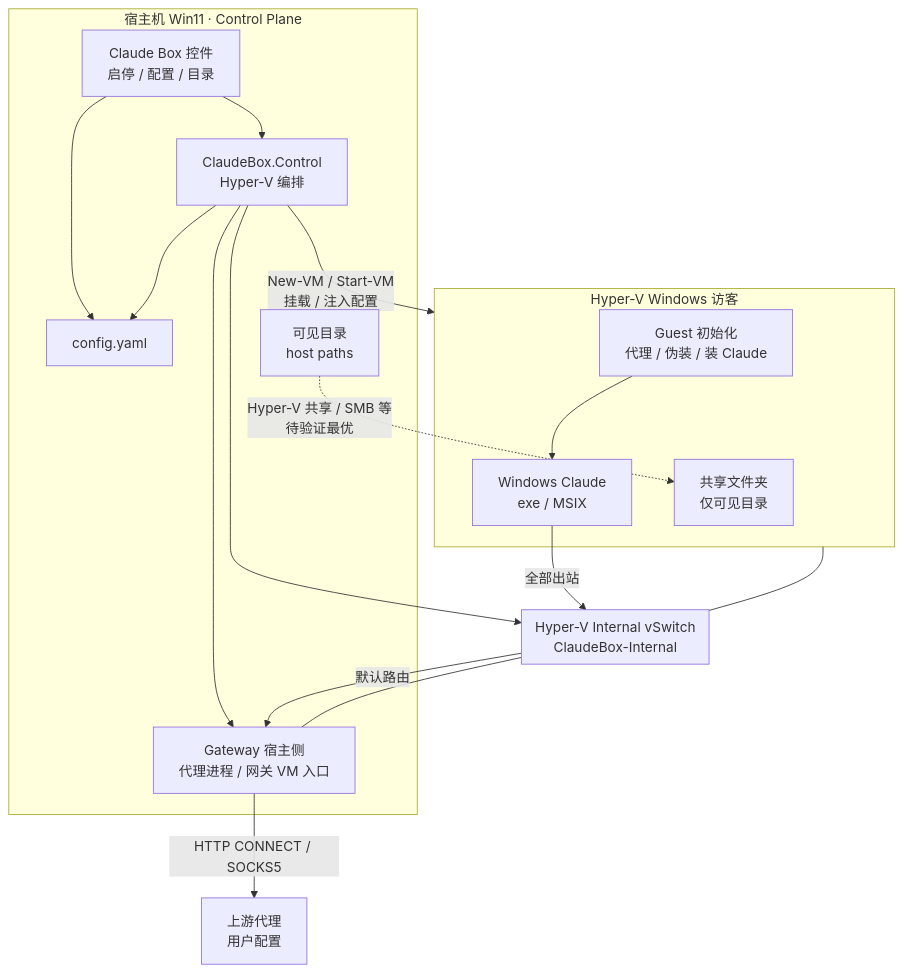
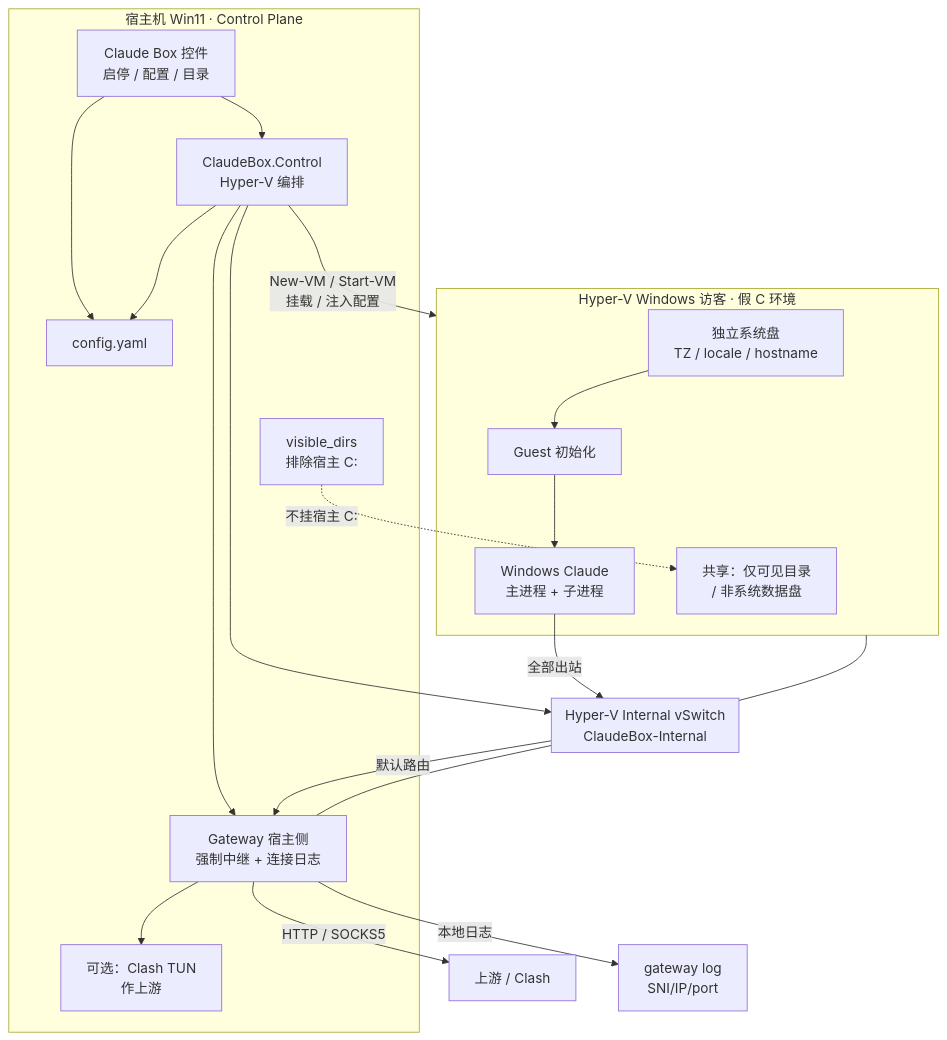
Before and after one commit to KiriuKazurei/Claude-Box: the diagram in docs/architecture-v0.md, drawn with Mermaid. The commit also changed other lines of this file and 21 other files, not shown here.

First line of the commit message:
MVP M1: Hyper-V path docs, C: guard, gateway logging, New-ClaudeBoxVM

````diff
--- a/docs/architecture-v0.md
+++ b/docs/architecture-v0.md
@@ -41,34 +59,39 @@
 ```mermaid
 flowchart TB
   subgraph Host["宿主机 Win11 · Control Plane"]
     UI["Claude Box 控件<br/>启停 / 配置 / 目录"]
     CP["ClaudeBox.Control<br/>Hyper-V 编排"]
-    GW_HOST["Gateway 宿主侧<br/>代理进程 / 网关 VM 入口"]
+    GW_HOST["Gateway 宿主侧<br/>强制中继 + 连接日志"]
     CFG["config.yaml"]
-    DIRS["可见目录<br/>host paths"]
+    DIRS["visible_dirs<br/>排除宿主 C:"]
+    CLASH["可选：Clash TUN<br/>作上游"]
     UI --> CP
     UI --> CFG
     CP --> CFG
     CP --> GW_HOST
+    GW_HOST --> CLASH
   end
 
   subgraph Switch["Hyper-V Internal vSwitch<br/>ClaudeBox-Internal"]
     direction LR
   end
 
-  subgraph Guest["Hyper-V Windows 访客"]
-    GA["Guest 初始化<br/>代理 / 伪装 / 装 Claude"]
-    CLAUDE["Windows Claude<br/>exe / MSIX"]
-    SHARE["共享文件夹<br/>仅可见目录"]
+  subgraph Guest["Hyper-V Windows 访客 · 假 C 环境"]
+    FAKE["独立系统盘<br/>TZ / locale / hostname"]
+    GA["Guest 初始化"]
+    CLAUDE["Windows Claude<br/>主进程 + 子进程"]
+    SHARE["共享：仅可见目录<br/>/ 非系统数据盘"]
+    FAKE --> GA
     GA --> CLAUDE
   end
 
   CP -->|"New-VM / Start-VM<br/>挂载 / 注入配置"| Guest
   CP --> Switch
   Guest --- Switch
   GW_HOST --- Switch
-  DIRS -.->|"Hyper-V 共享 / SMB 等<br/>待验证最优"| SHARE
+  DIRS -.->|"不挂宿主 C:"| SHARE
   CLAUDE -->|"全部出站"| Switch
   Switch -->|"默认路由"| GW_HOST
-  GW_HOST -->|"HTTP CONNECT / SOCKS5"| Upstream["上游代理<br/>用户配置"]
+  GW_HOST -->|"HTTP / SOCKS5"| Upstream["上游 / Clash"]
+  GW_HOST -->|"本地日志"| LOG["gateway log<br/>SNI/IP/port"]
 ```
````
